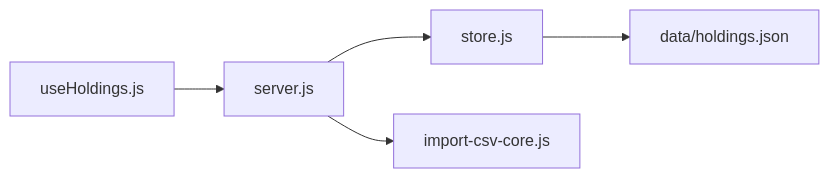
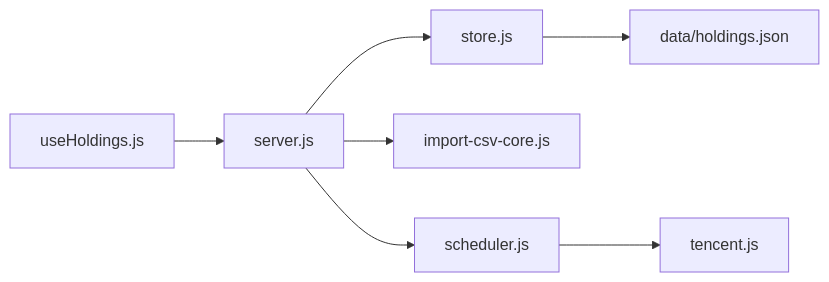
One commit to salenju/stock-advisor changed diagram 11 of 11 in .qoder/repowiki/zh/content/数据存储/数据模型设计.md. Above: the diagram before and after it, drawn with Mermaid. The commit also changed other lines of this file and 5 other files, not shown here.

````diff
--- a/.qoder/repowiki/zh/content/数据存储/数据模型设计.md
+++ b/.qoder/repowiki/zh/content/数据存储/数据模型设计.md
@@ -351,7 +423,9 @@
 ```mermaid
 graph LR
 FE["useHoldings.js"] --> API["server.js"]
 API --> STORE["store.js"]
 API --> CSV["import-csv-core.js"]
+API --> SCH["scheduler.js"]
+SCH --> PRV["tencent.js"]
 STORE --> DATA["data/holdings.json"]
 ```
````
